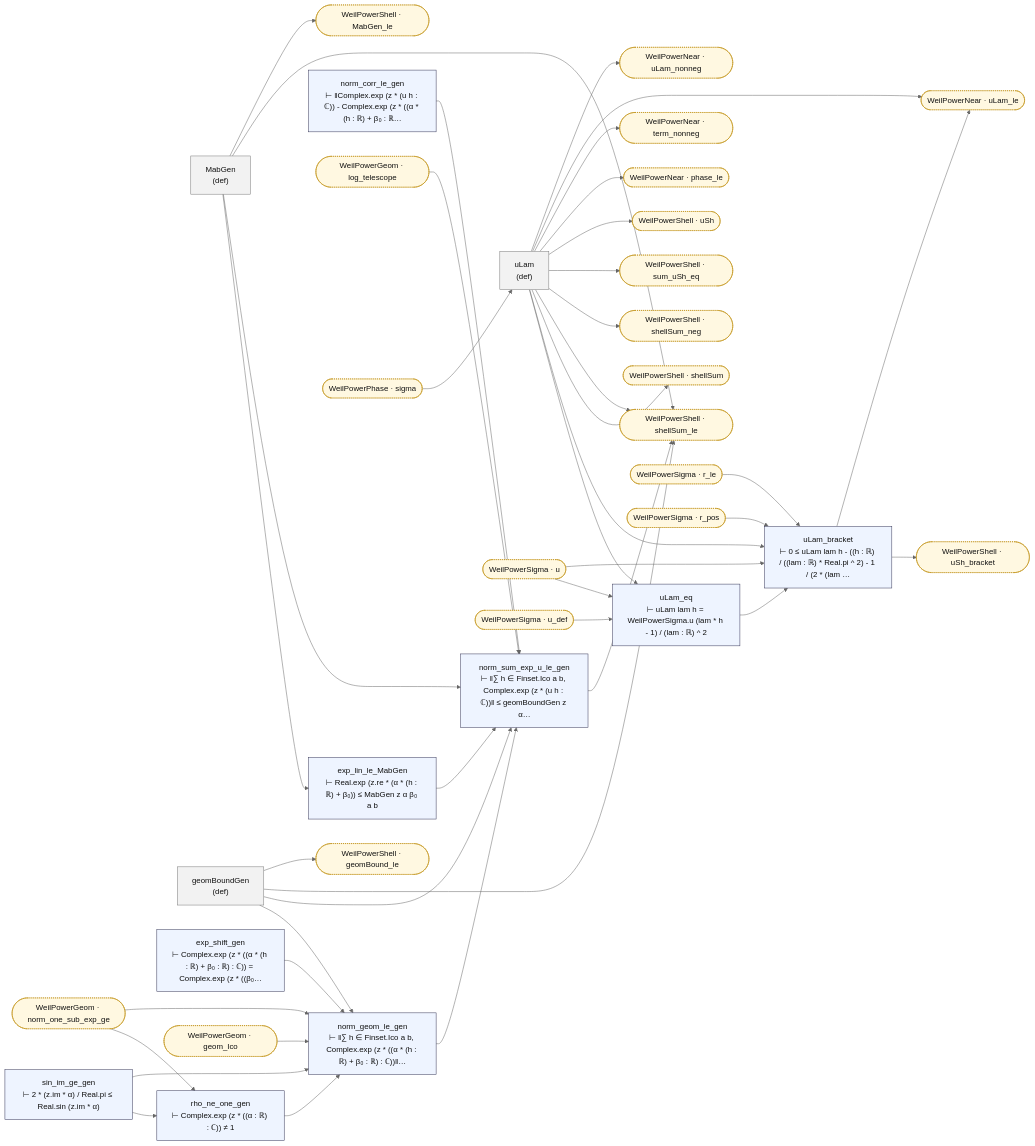
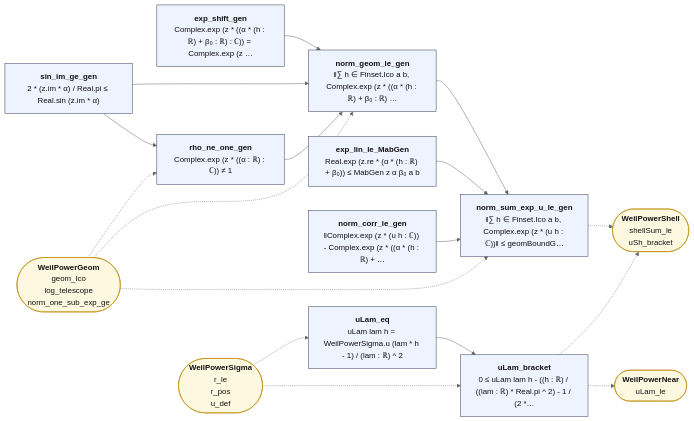
Before and after one commit to juliansambranojr/Primebeat_081426: the diagram in map/lean_stage3/WeilPowerGeomGen.md, drawn with Mermaid (neutral theme). The commit also changed other lines of this file and 387 other files, not shown here.

````diff
--- a/map/lean_stage3/WeilPowerGeomGen.md
+++ b/map/lean_stage3/WeilPowerGeomGen.md
@@ -8,81 +12,37 @@
 ```mermaid
 flowchart LR
-  n0["MabGen<br/>(def)"]:::dfn
-  n1["geomBoundGen<br/>(def)"]:::dfn
-  n2["uLam<br/>(def)"]:::dfn
-  n3["exp_shift_gen<br/>⊢ Complex.exp (z * ((α * (h : ℝ) + β₀ : ℝ) : ℂ)) = Complex.exp (z * ((β₀…"]:::thm
-  n4["sin_im_ge_gen<br/>⊢ 2 * (z.im * α) / Real.pi ≤ Real.sin (z.im * α)"]:::thm
-  n5["rho_ne_one_gen<br/>⊢ Complex.exp (z * ((α : ℝ) : ℂ)) ≠ 1"]:::thm
-  n6["norm_geom_le_gen<br/>⊢ ‖∑ h ∈ Finset.Ico a b, Complex.exp (z * ((α * (h : ℝ) + β₀ : ℝ) : ℂ))‖…"]:::thm
-  n7["exp_lin_le_MabGen<br/>⊢ Real.exp (z.re * (α * (h : ℝ) + β₀)) ≤ MabGen z α β₀ a b"]:::thm
-  n8["norm_corr_le_gen<br/>⊢ ‖Complex.exp (z * (u h : ℂ)) - Complex.exp (z * ((α * (h : ℝ) + β₀ : ℝ…"]:::thm
-  n9["norm_sum_exp_u_le_gen<br/>⊢ ‖∑ h ∈ Finset.Ico a b, Complex.exp (z * (u h : ℂ))‖ ≤ geomBoundGen z α…"]:::thm
-  n10["uLam_eq<br/>⊢ uLam lam h = WeilPowerSigma.u (lam * h - 1) / (lam : ℝ) ^ 2"]:::thm
-  n11["uLam_bracket<br/>⊢ 0 ≤ uLam lam h - ((h : ℝ) / ((lam : ℝ) * Real.pi ^ 2) - 1 / (2 * (lam …"]:::thm
-  x0(["WeilPowerGeom · geom_Ico"]):::ext
-  x1(["WeilPowerGeom · log_telescope"]):::ext
-  x2(["WeilPowerGeom · norm_one_sub_exp_ge"]):::ext
-  x3(["WeilPowerNear · phase_le"]):::ext
-  x4(["WeilPowerNear · term_nonneg"]):::ext
-  x5(["WeilPowerNear · uLam_le"]):::ext
-  x6(["WeilPowerNear · uLam_nonneg"]):::ext
-  x7(["WeilPowerPhase · sigma"]):::ext
-  x8(["WeilPowerShell · MabGen_le"]):::ext
-  x9(["WeilPowerShell · geomBound_le"]):::ext
-  x10(["WeilPowerShell · shellSum"]):::ext
-  x11(["WeilPowerShell · shellSum_le"]):::ext
-  x12(["WeilPowerShell · shellSum_neg"]):::ext
-  x13(["WeilPowerShell · sum_uSh_eq"]):::ext
-  x14(["WeilPowerShell · uSh"]):::ext
-  x15(["WeilPowerShell · uSh_bracket"]):::ext
-  x16(["WeilPowerSigma · r_le"]):::ext
-  x17(["WeilPowerSigma · r_pos"]):::ext
-  x18(["WeilPowerSigma · u"]):::ext
-  x19(["WeilPowerSigma · u_def"]):::ext
-  n0 --> n7
-  n0 --> n9
-  n0 --> x11
-  n0 --> x8
-  n1 --> n6
-  n1 --> n9
-  n1 --> x11
-  n1 --> x9
-  n10 --> n11
-  n11 --> x15
-  n11 --> x5
-  n2 --> n10
-  n2 --> n11
-  n2 --> x10
-  n2 --> x11
-  n2 --> x12
-  n2 --> x13
-  n2 --> x14
-  n2 --> x3
-  n2 --> x4
-  n2 --> x5
-  n2 --> x6
+  n0["<b>exp_shift_gen</b><br/>Complex.exp (z * ((α * (h : ℝ) + β₀ : ℝ) : ℂ)) = Complex.exp (z …"]:::thm
+  n1["<b>sin_im_ge_gen</b><br/>2 * (z.im * α) / Real.pi ≤ Real.sin (z.im * α)"]:::thm
+  n2["<b>rho_ne_one_gen</b><br/>Complex.exp (z * ((α : ℝ) : ℂ)) ≠ 1"]:::thm
+  n3["<b>norm_geom_le_gen</b><br/>‖∑ h ∈ Finset.Ico a b, Complex.exp (z * ((α * (h : ℝ) + β₀ : ℝ) …"]:::thm
+  n4["<b>exp_lin_le_MabGen</b><br/>Real.exp (z.re * (α * (h : ℝ) + β₀)) ≤ MabGen z α β₀ a b"]:::thm
+  n5["<b>norm_corr_le_gen</b><br/>‖Complex.exp (z * (u h : ℂ)) - Complex.exp (z * ((α * (h : ℝ) + …"]:::thm
+  n6["<b>norm_sum_exp_u_le_gen</b><br/>‖∑ h ∈ Finset.Ico a b, Complex.exp (z * (u h : ℂ))‖ ≤ geomBoundG…"]:::thm
+  n7["<b>uLam_eq</b><br/>uLam lam h = WeilPowerSigma.u (lam * h - 1) / (lam : ℝ) ^ 2"]:::thm
+  n8["<b>uLam_bracket</b><br/>0 ≤ uLam lam h - ((h : ℝ) / ((lam : ℝ) * Real.pi ^ 2) - 1 / (2 *…"]:::thm
+  x0(["<b>WeilPowerGeom</b><br/>geom_Ico<br/>log_telescope<br/>norm_one_sub_exp_ge"]):::ext
+  x1(["<b>WeilPowerShell</b><br/>shellSum_le<br/>uSh_bracket"]):::ext
+  x2(["<b>WeilPowerSigma</b><br/>r_le<br/>r_pos<br/>u_def"]):::ext
+  x3(["<b>WeilPowerNear</b><br/>uLam_le"]):::ext
+  n0 --> n3
+  n1 --> n2
+  n1 --> n3
+  n2 --> n3
   n3 --> n6
-  n4 --> n5
   n4 --> n6
   n5 --> n6
-  n6 --> n9
-  n7 --> n9
-  n8 --> n9
-  n9 --> x11
-  x0 --> n6
-  x1 --> n9
-  x16 --> n11
-  x17 --> n11
-  x18 --> n10
-  x18 --> n11
-  x19 --> n10
-  x2 --> n5
-  x2 --> n6
-  x7 --> n2
+  n7 --> n8
+  n6 -.-> x1
+  n8 -.-> x1
+  n8 -.-> x3
+  x0 -.-> n2
+  x0 -.-> n3
+  x0 -.-> n6
+  x2 -.-> n7
+  x2 -.-> n8
   classDef thm fill:#eef4ff,stroke:#335,color:#111
-  classDef dfn fill:#f2f2f2,stroke:#777,color:#111
   classDef end_ fill:#e7f7e7,stroke:#2a7,color:#111,stroke-width:2px
   classDef lone fill:#fff,stroke:#999,color:#111,stroke-dasharray:4 3
   classDef bad fill:#ffe5e5,stroke:#c22,color:#111,stroke-width:2px
-  classDef ext fill:#fff8e1,stroke:#b80,color:#111,stroke-dasharray:2 2
+  classDef ext fill:#fff8e1,stroke:#b80,color:#111
 ```
````
